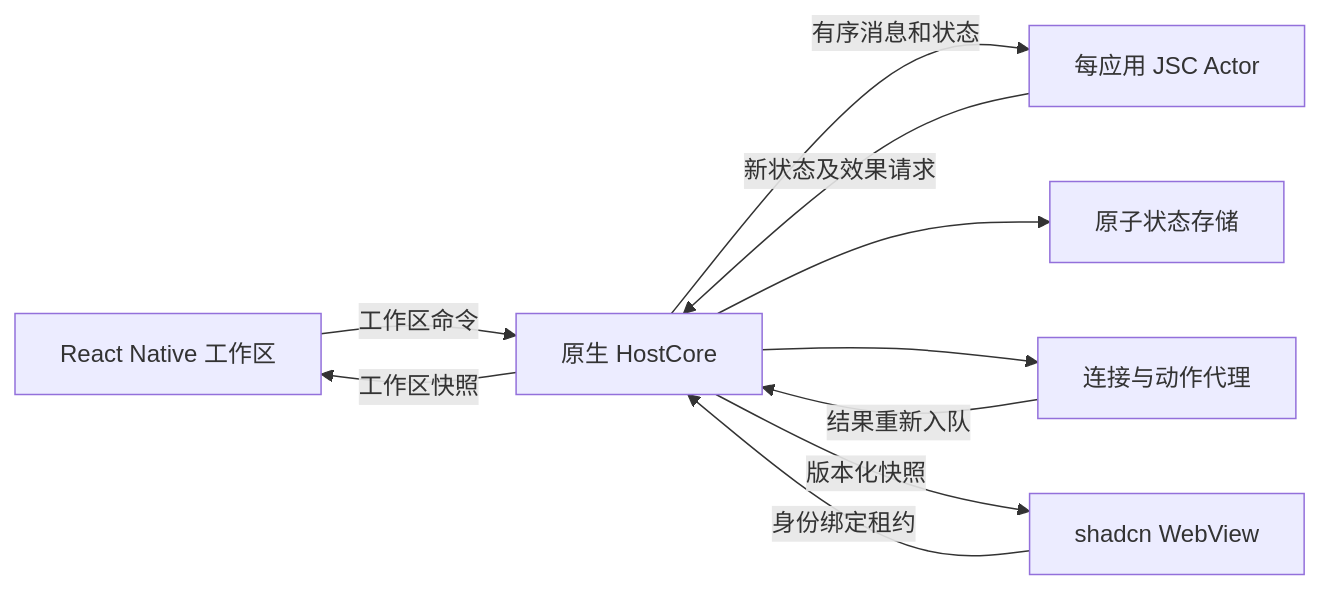
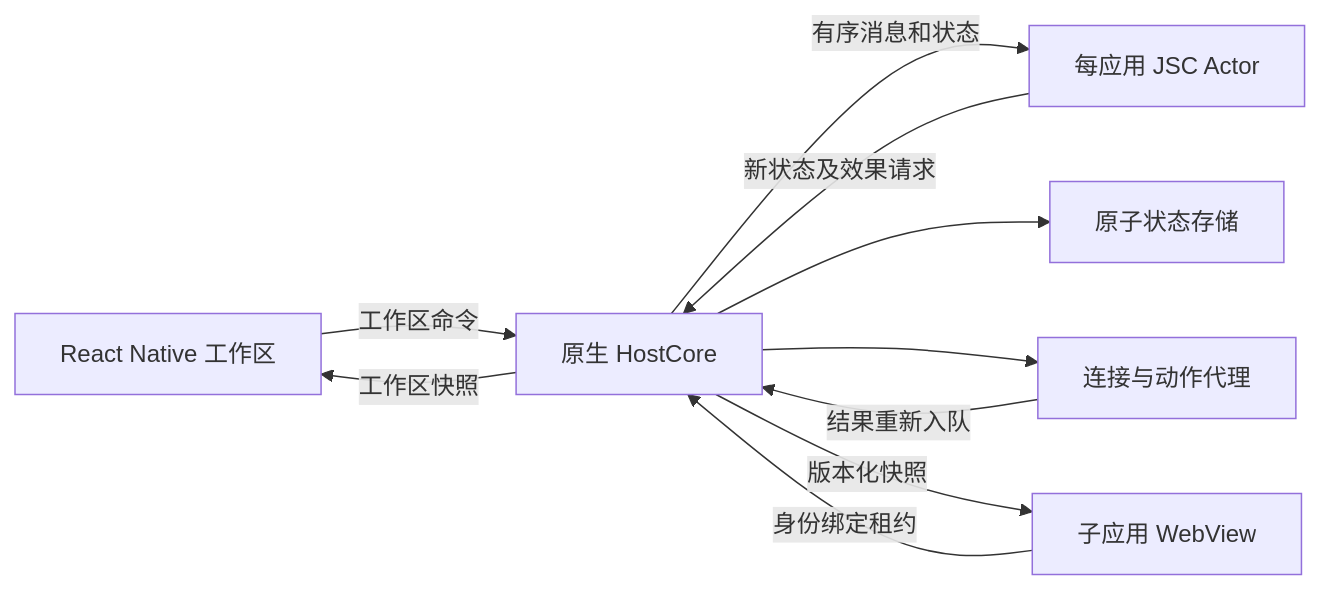
One commit to dingdalong/skynet_agent changed the diagram in docs/architecture/CLIENT_RUNTIME.md. Above: the diagram before and after it, drawn with Mermaid. The commit also changed other lines of this file and 43 other files, not shown here.

````diff
--- a/docs/architecture/CLIENT_RUNTIME.md
+++ b/docs/architecture/CLIENT_RUNTIME.md
@@ -22,12 +22,12 @@
 ```mermaid
 flowchart LR
     Shell[React Native 工作区] -->|工作区命令| Host[原生 HostCore]
-    View[shadcn WebView] -->|身份绑定租约| Host
+    View[子应用 WebView] -->|身份绑定租约| Host
     Host -->|有序消息和状态| Actor[每应用 JSC Actor]
     Actor -->|新状态及效果请求| Host
     Host --> Store[原子状态存储]
     Host --> Broker[连接与动作代理]
     Broker -->|结果重新入队| Host
     Host -->|版本化快照| View
     Host -->|工作区快照| Shell
 ```
````
